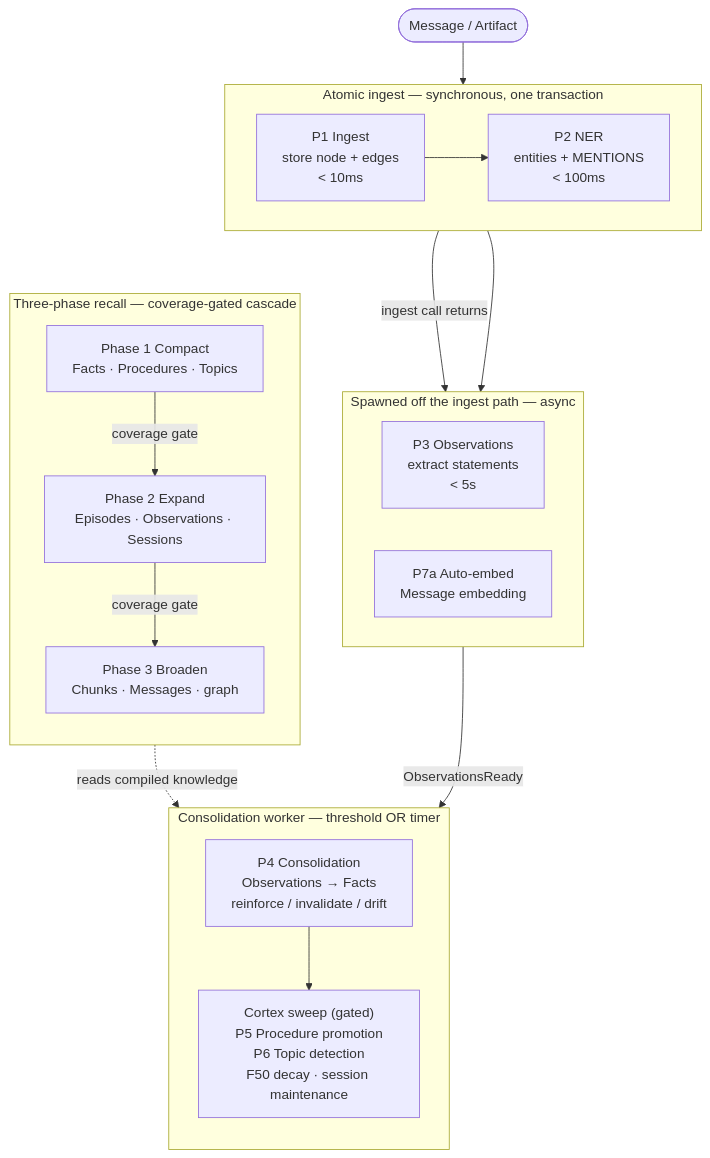
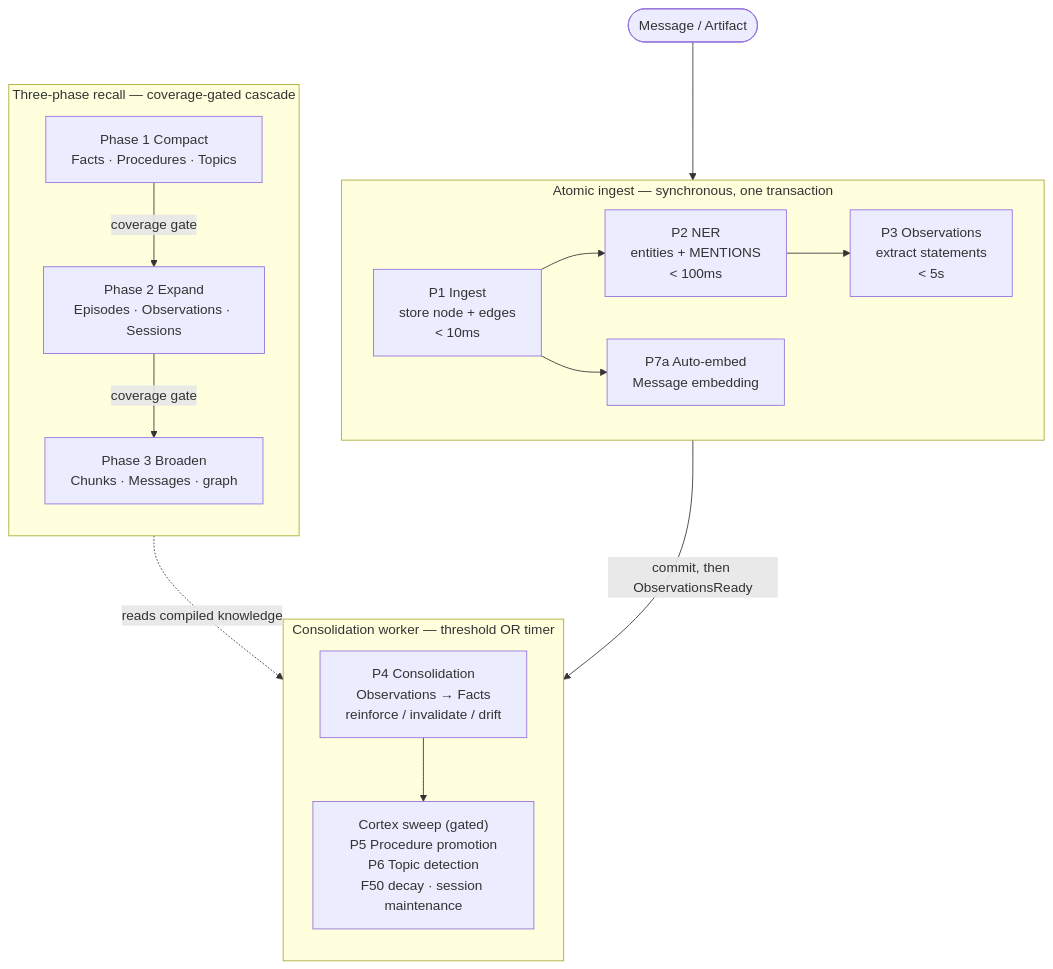
The diagram in website/docs/pipelines/index.md (rustic-ai/uniko), drawn with Mermaid before and after one commit. The commit also changed other lines of this file and 45 other files, not shown here.

````diff
--- a/website/docs/pipelines/index.md
+++ b/website/docs/pipelines/index.md
@@ -21,39 +21,34 @@
 ```mermaid
 flowchart TB
     msg([Message / Artifact])
 
     subgraph sync["Atomic ingest — synchronous, one transaction"]
         direction LR
         P1["P1 Ingest<br/>store node + edges<br/>&lt; 10ms"]
         P2["P2 NER<br/>entities + MENTIONS<br/>&lt; 100ms"]
-        P1 --> P2
-    end
-
-    subgraph spawned["Spawned off the ingest path — async"]
-        direction LR
         P3["P3 Observations<br/>extract statements<br/>&lt; 5s"]
         P7a["P7a Auto-embed<br/>Message embedding"]
+        P1 --> P2 --> P3
+        P1 --> P7a
     end
 
     subgraph worker["Consolidation worker — threshold OR timer"]
         direction TB
         P4["P4 Consolidation<br/>Observations → Facts<br/>reinforce / invalidate / drift"]
         sweep["Cortex sweep (gated)<br/>P5 Procedure promotion<br/>P6 Topic detection<br/>F50 decay · session maintenance"]
         P4 --> sweep
     end
 
     subgraph recall["Three-phase recall — coverage-gated cascade"]
         direction TB
         R1["Phase 1 Compact<br/>Facts · Procedures · Topics"]
         R2["Phase 2 Expand<br/>Episodes · Observations · Sessions"]
         R3["Phase 3 Broaden<br/>Chunks · Messages · graph"]
         R1 -->|coverage gate| R2 -->|coverage gate| R3
     end
 
     msg --> P1
-    P2 -->|"ingest call returns"| P3
-    P2 --> P7a
-    P3 -->|ObservationsReady| P4
+    P3 -->|"commit, then ObservationsReady"| P4
 
     recall -.reads compiled knowledge.-> worker
 ```
````
